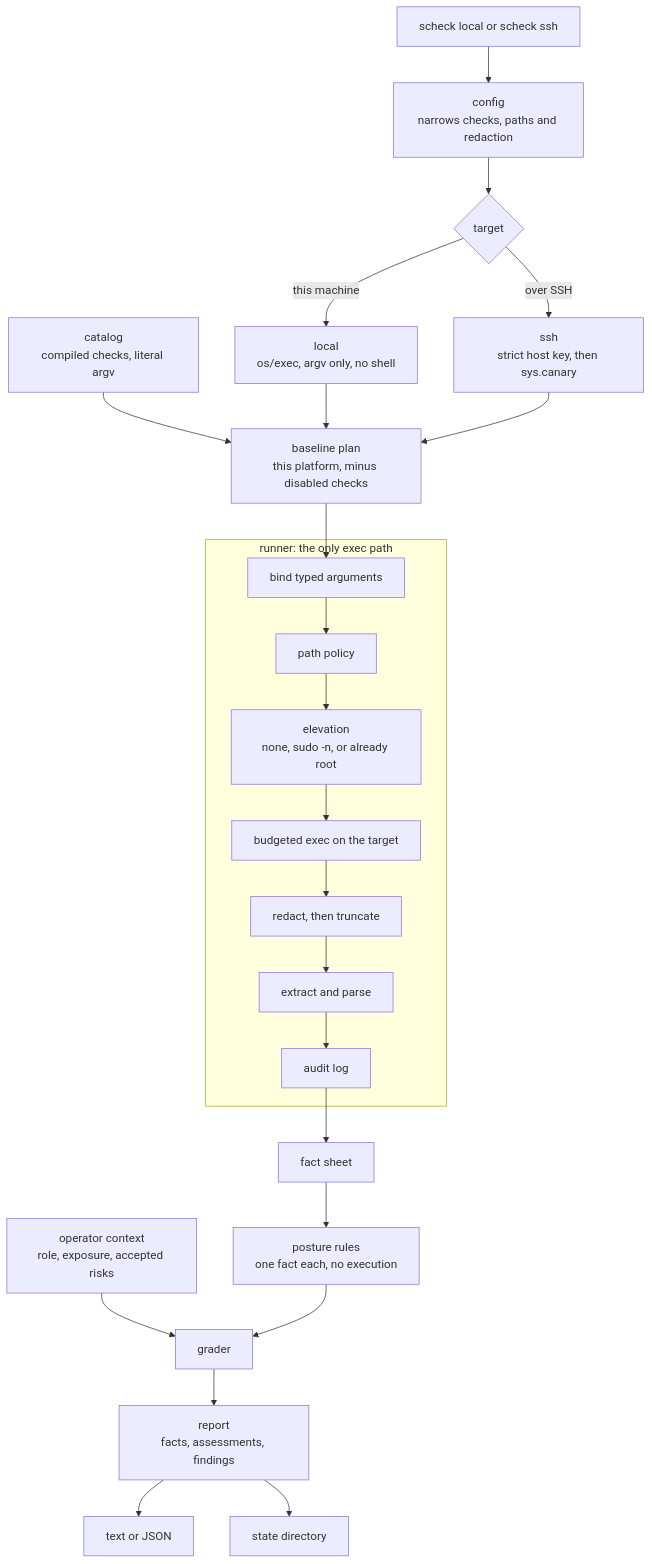
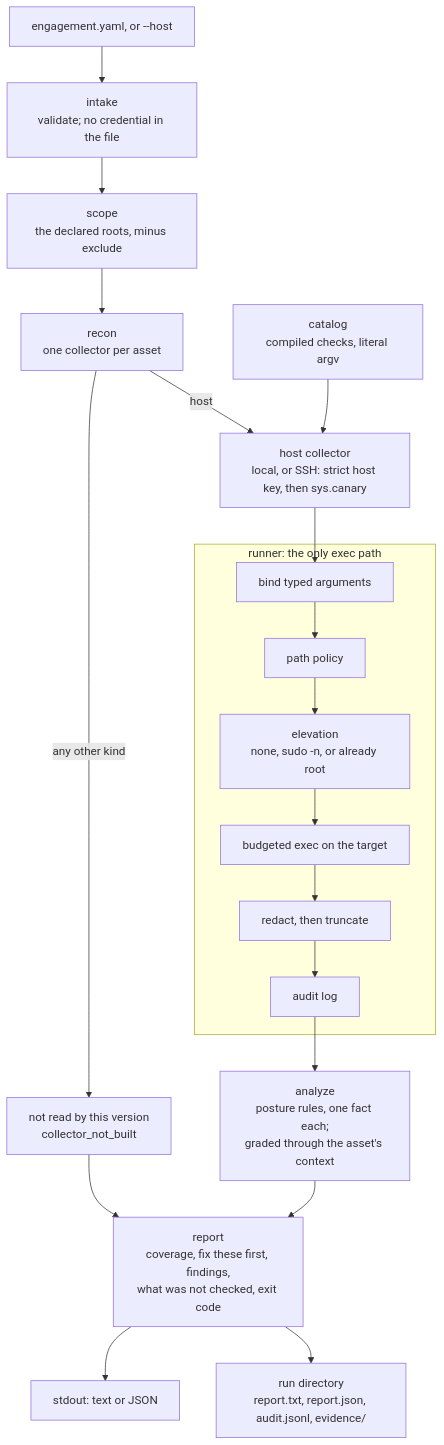
The diagram in README.md (B87/scheck), drawn with Mermaid before and after one commit. The commit also changed other lines of this file and 141 other files, not shown here.

First line of the commit message:
Report the engagement and make scheck run the one command (E2)

````diff
--- a/README.md
+++ b/README.md
@@ -37,31 +40,25 @@
 ```mermaid
 flowchart TD
-  cli["scheck local or scheck ssh"] --> config["config<br/>narrows checks, paths and redaction"]
+  input["engagement.yaml, or --host"] --> intake["intake<br/>validate; no credential in the file"]
+  intake --> scope["scope<br/>the declared roots, minus exclude"]
+  scope --> recon["recon<br/>one collector per asset"]
 
-  config --> transport{"target"}
-  transport -->|this machine| local["local<br/>os/exec, argv only, no shell"]
-  transport -->|over SSH| ssh["ssh<br/>strict host key, then sys.canary"]
+  recon -->|host| host["host collector<br/>local, or SSH: strict host key, then sys.canary"]
+  recon -->|any other kind| none["not read by this version<br/>collector_not_built"]
 
-  catalog["catalog<br/>compiled checks, literal argv"] --> plan["baseline plan<br/>this platform, minus disabled checks"]
-  local --> plan
-  ssh --> plan
-
-  plan --> bind
-
+  catalog["catalog<br/>compiled checks, literal argv"] --> host
   subgraph runner ["runner: the only exec path"]
     bind["bind typed arguments"] --> pathpol["path policy"]
     pathpol --> elevate["elevation<br/>none, sudo -n, or already root"]
     elevate --> execn["budgeted exec on the target"]
     execn --> redact["redact, then truncate"]
-    redact --> parsed["extract and parse"]
-    parsed --> audit["audit log"]
+    redact --> audit["audit log"]
   end
+  host --> bind
 
-  audit --> sheet["fact sheet"]
-  sheet --> rules["posture rules<br/>one fact each, no execution"]
-  context["operator context<br/>role, exposure, accepted risks"] --> grade["grader"]
-  rules --> grade
-  grade --> report["report<br/>facts, assessments, findings"]
-  report --> rendered["text or JSON"]
-  report --> state["state directory"]
+  audit --> analyze["analyze<br/>posture rules, one fact each;<br/>graded through the asset's context"]
+  none --> report
+  analyze --> report["report<br/>coverage, fix these first, findings,<br/>what was not checked, exit code"]
+  report --> out["stdout: text or JSON"]
+  report --> rundir["run directory<br/>report.txt, report.json, audit.jsonl, evidence/"]
 ```
````
